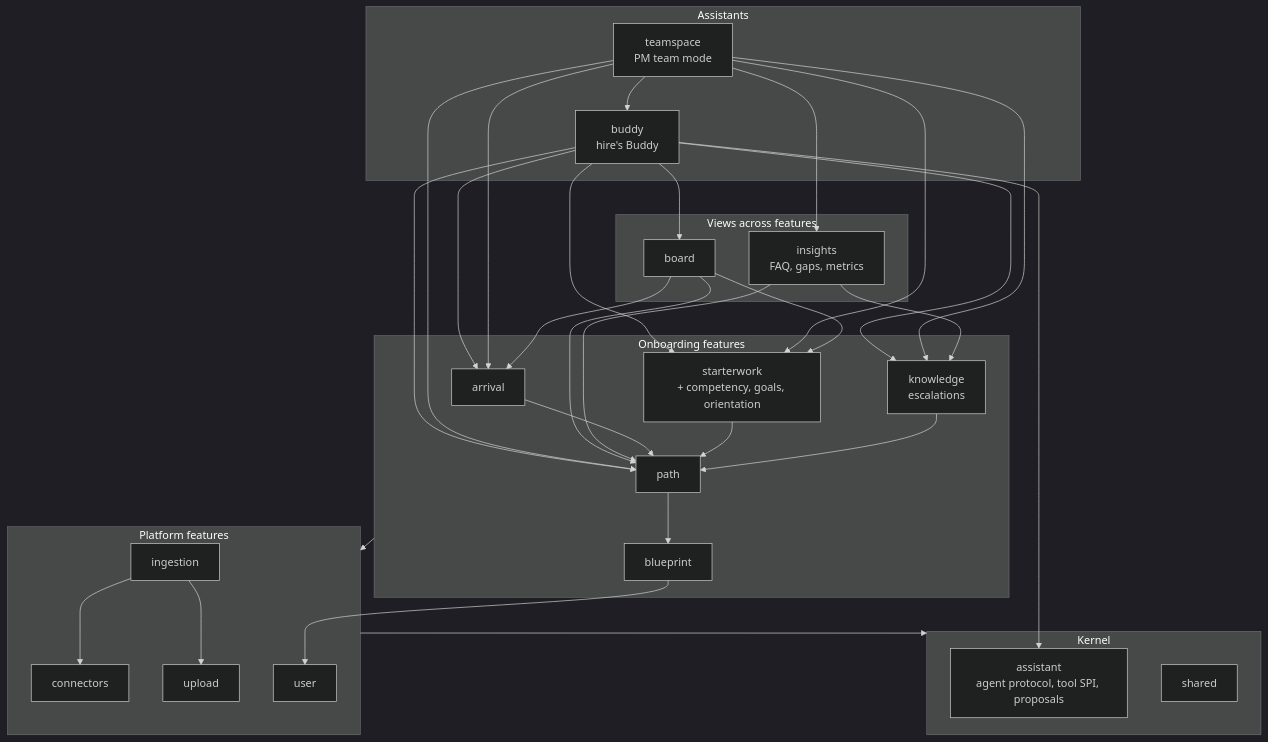
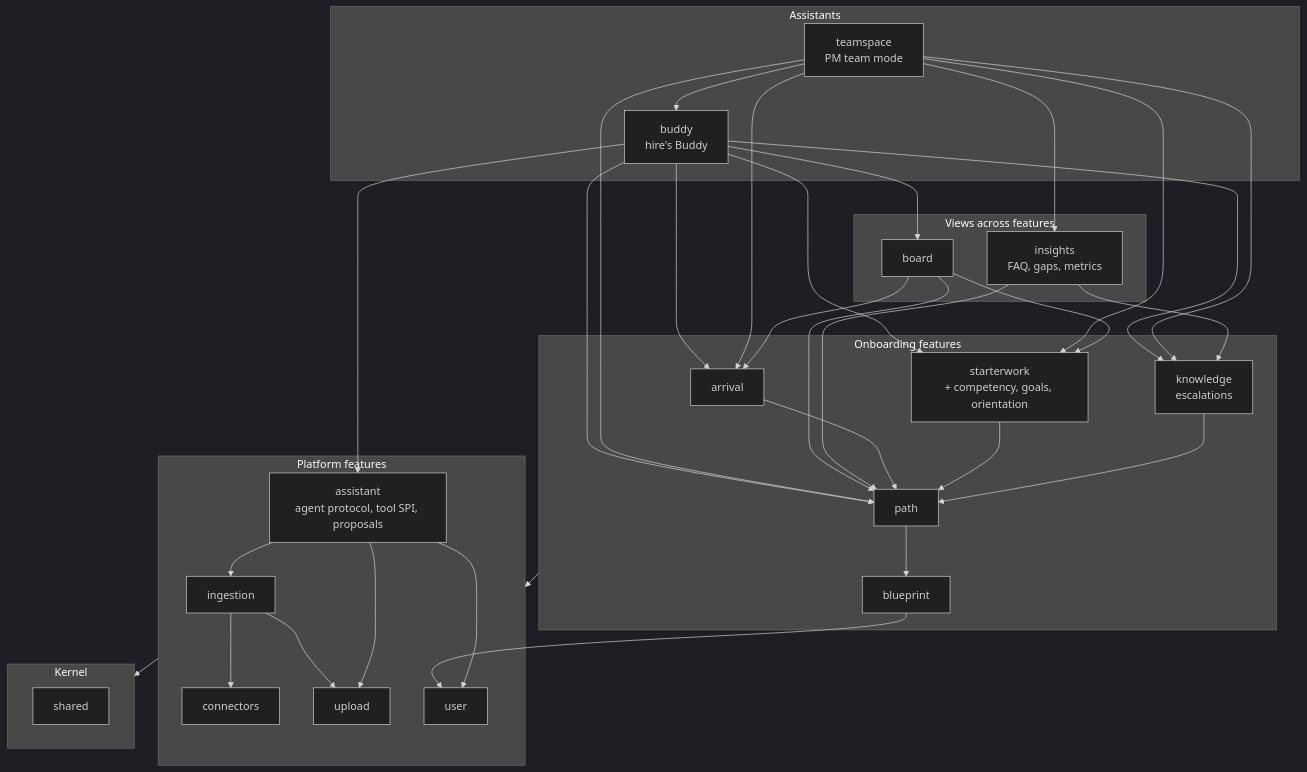
Before and after one commit to LinseCed/sprintstart-backend: the diagram in docs/architecture/03-target.md, drawn with Mermaid (dark theme). The commit also changed other lines of this file and 31 other files, not shown here.

First line of the commit message:
Move the agent-loop machinery both assistants share into the assistant kernel

````diff
--- a/docs/architecture/03-target.md
+++ b/docs/architecture/03-target.md
@@ -25,39 +25,40 @@
 ```mermaid
 flowchart TB
     subgraph L4[Assistants]
         buddy[buddy<br/>hire's Buddy]
         team[teamspace<br/>PM team mode]
     end
     subgraph L3[Views across features]
         board[board]
         insights[insights<br/>FAQ, gaps, metrics]
     end
     subgraph L2[Onboarding features]
         arrival[arrival]
         starter[starterwork<br/>+ competency, goals, orientation]
         knowledge[knowledge<br/>escalations]
         path[path]
         blueprint[blueprint]
     end
     subgraph L1[Platform features]
         ingestion[ingestion]
         connectors[connectors]
         upload[upload]
         user[user]
+        assistant[assistant<br/>agent protocol, tool SPI, proposals]
     end
     subgraph L0[Kernel]
-        assistant[assistant<br/>agent protocol, tool SPI, proposals]
         shared[shared]
     end
     buddy --> board & path & starter & arrival & knowledge & assistant
     team --> buddy
     team --> insights & path & starter & arrival & knowledge
     board --> path & starter & arrival
     insights --> path & knowledge
     arrival & starter & knowledge --> path
     path --> blueprint
     blueprint --> user
     L2 --> L1
     ingestion --> connectors & upload
+    assistant --> user & ingestion & upload
     L1 --> L0
 ```
````
